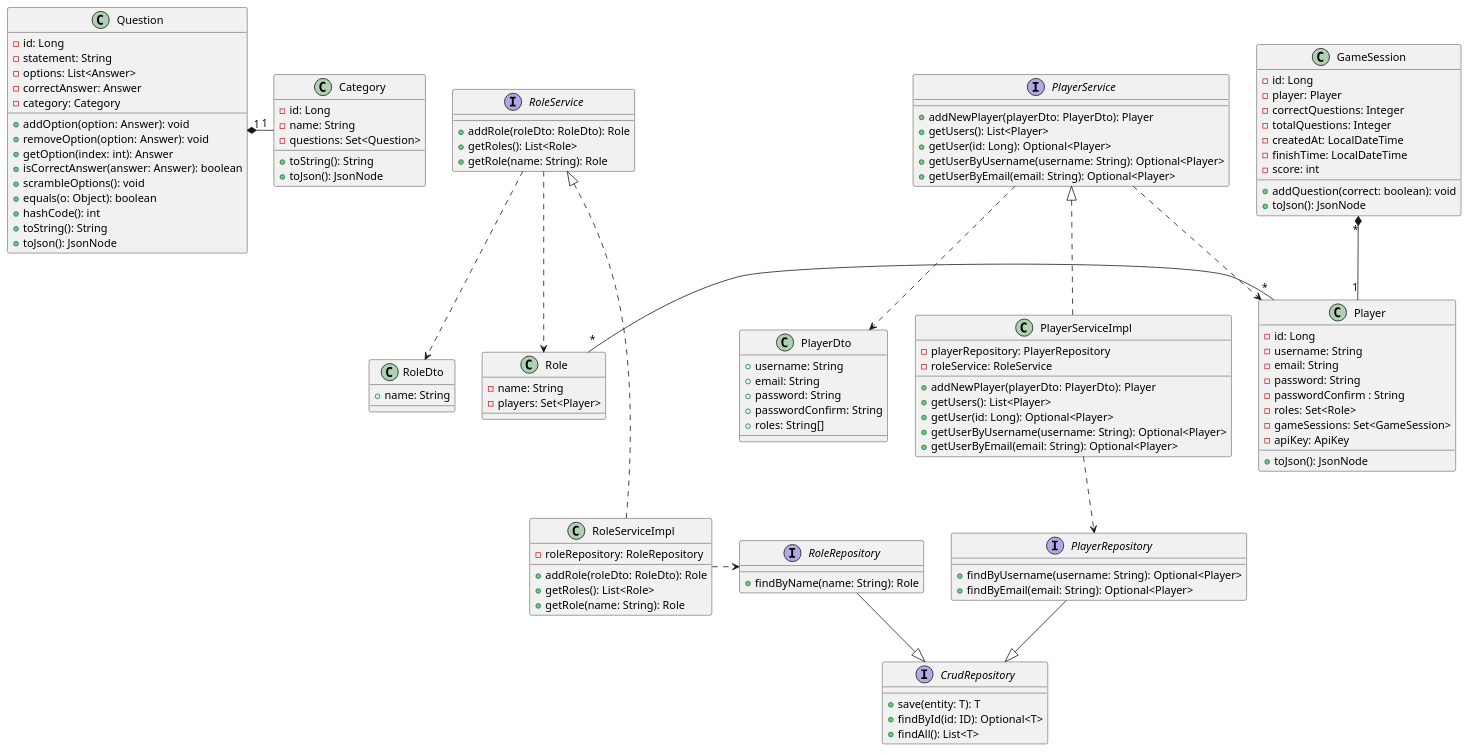
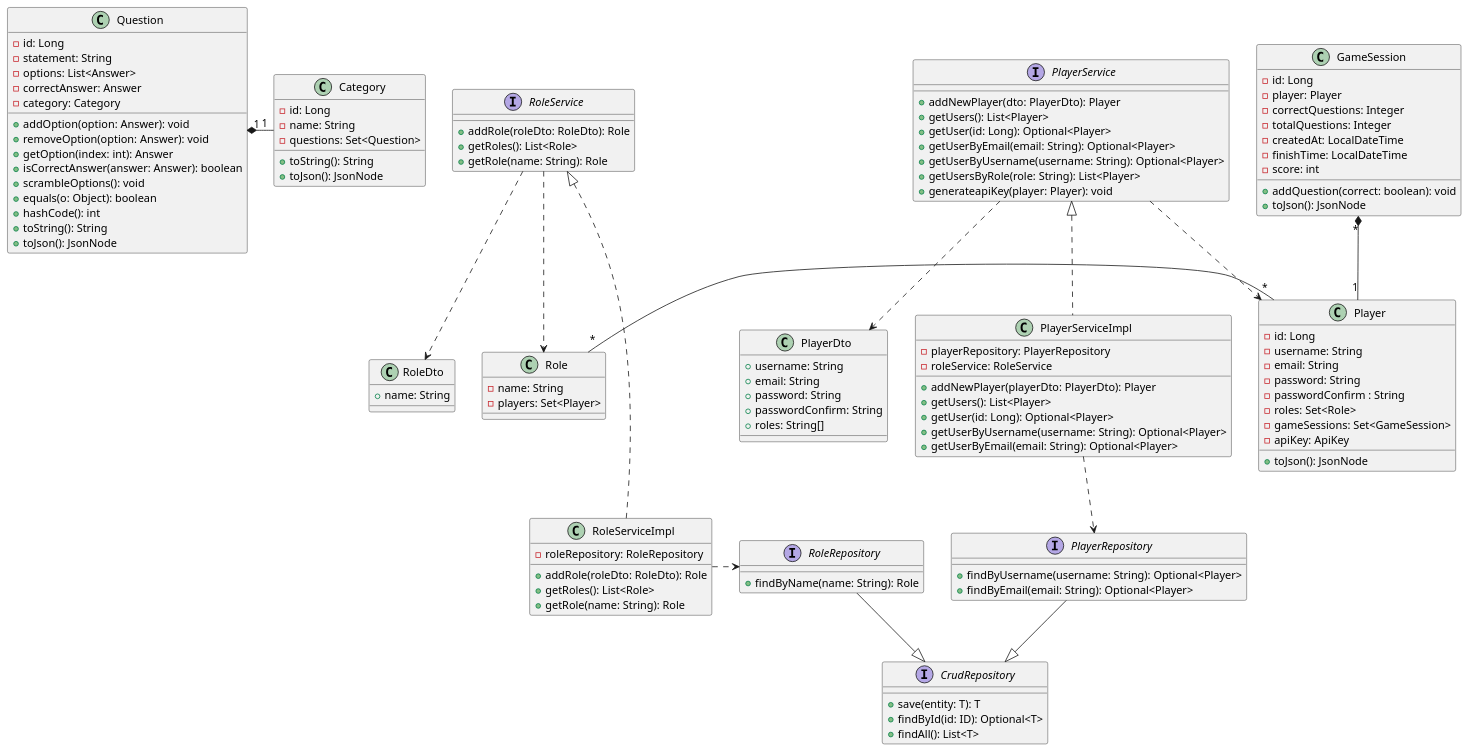
The first of 2 diagrams in docs/src/08_concepts.adoc (Arquisoft/wiq_es04b), drawn with PlantUML before and after one commit.

Commit message:
PlayerService actualizado

```diff
--- a/docs/src/08_concepts.adoc
+++ b/docs/src/08_concepts.adoc
@@ -68,11 +68,13 @@
 }
 
 interface PlayerService {
-    + addNewPlayer(playerDto: PlayerDto): Player
+    + addNewPlayer(dto: PlayerDto): Player
     + getUsers(): List<Player>
     + getUser(id: Long): Optional<Player>
+    + getUserByEmail(email: String): Optional<Player>
     + getUserByUsername(username: String): Optional<Player>
-    + getUserByEmail(email: String): Optional<Player>
+    + getUsersByRole(role: String): List<Player>
+    + generateapiKey(player: Player): void
 }
 
 interface RoleService {
```
